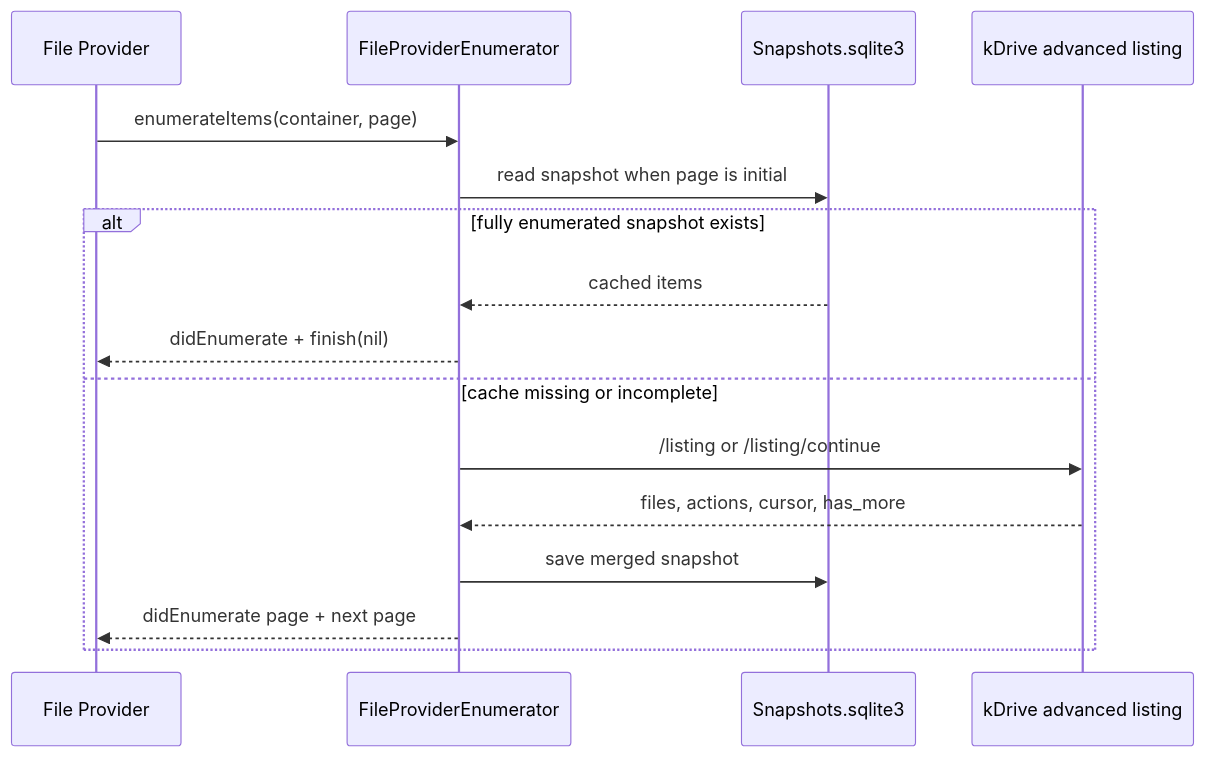
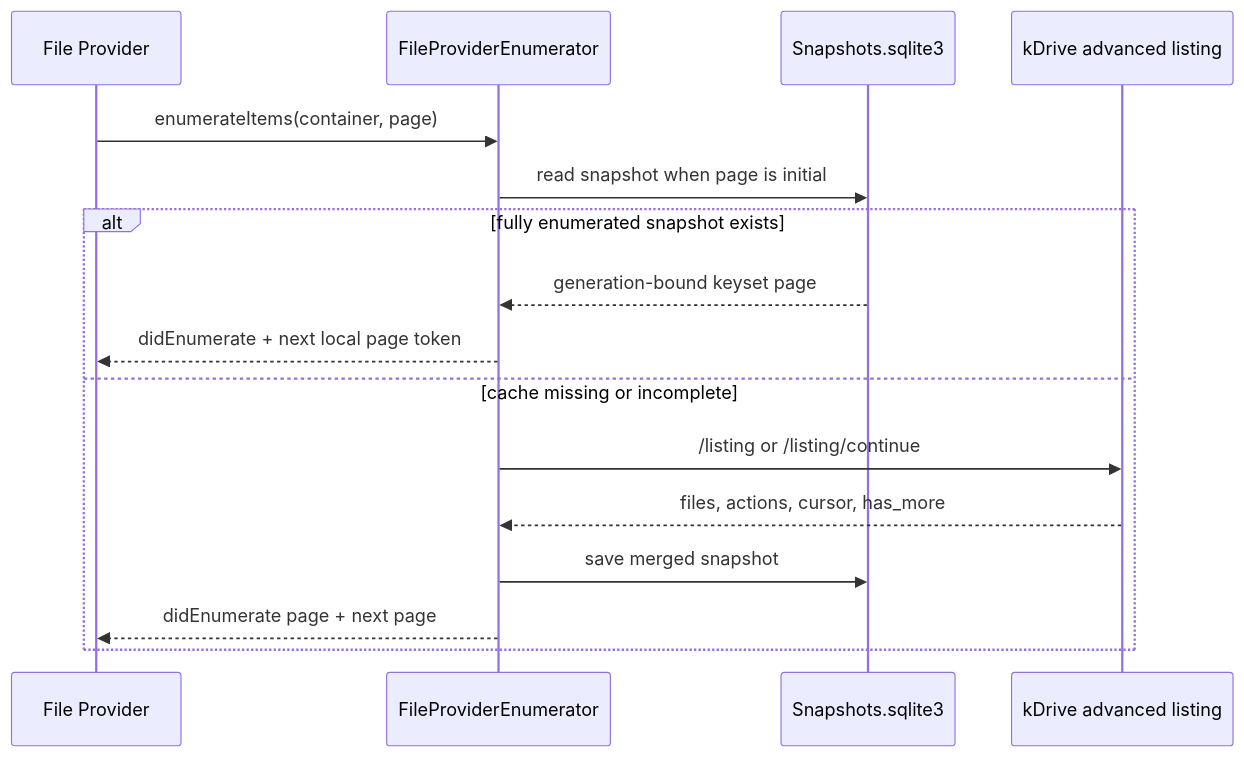
One commit to OpenCow42/potassiumProvider changed the diagram in doc/LISTING_AND_VERSIONING.md. Above: the diagram before and after it, drawn with Mermaid. The commit also changed other lines of this file and 7 other files, not shown here.

````diff
--- a/doc/LISTING_AND_VERSIONING.md
+++ b/doc/LISTING_AND_VERSIONING.md
@@ -31,19 +34,19 @@
 ```mermaid
 sequenceDiagram
     participant Apple as File Provider
     participant Enum as FileProviderEnumerator
     participant DB as Snapshots.sqlite3
     participant API as kDrive advanced listing
 
     Apple->>Enum: enumerateItems(container, page)
     Enum->>DB: read snapshot when page is initial
     alt fully enumerated snapshot exists
-        DB-->>Enum: cached items
-        Enum-->>Apple: didEnumerate + finish(nil)
+        DB-->>Enum: generation-bound keyset page
+        Enum-->>Apple: didEnumerate + next local page token
     else cache missing or incomplete
         Enum->>API: /listing or /listing/continue
         API-->>Enum: files, actions, cursor, has_more
         Enum->>DB: save merged snapshot
         Enum-->>Apple: didEnumerate page + next page
     end
 ```
````
